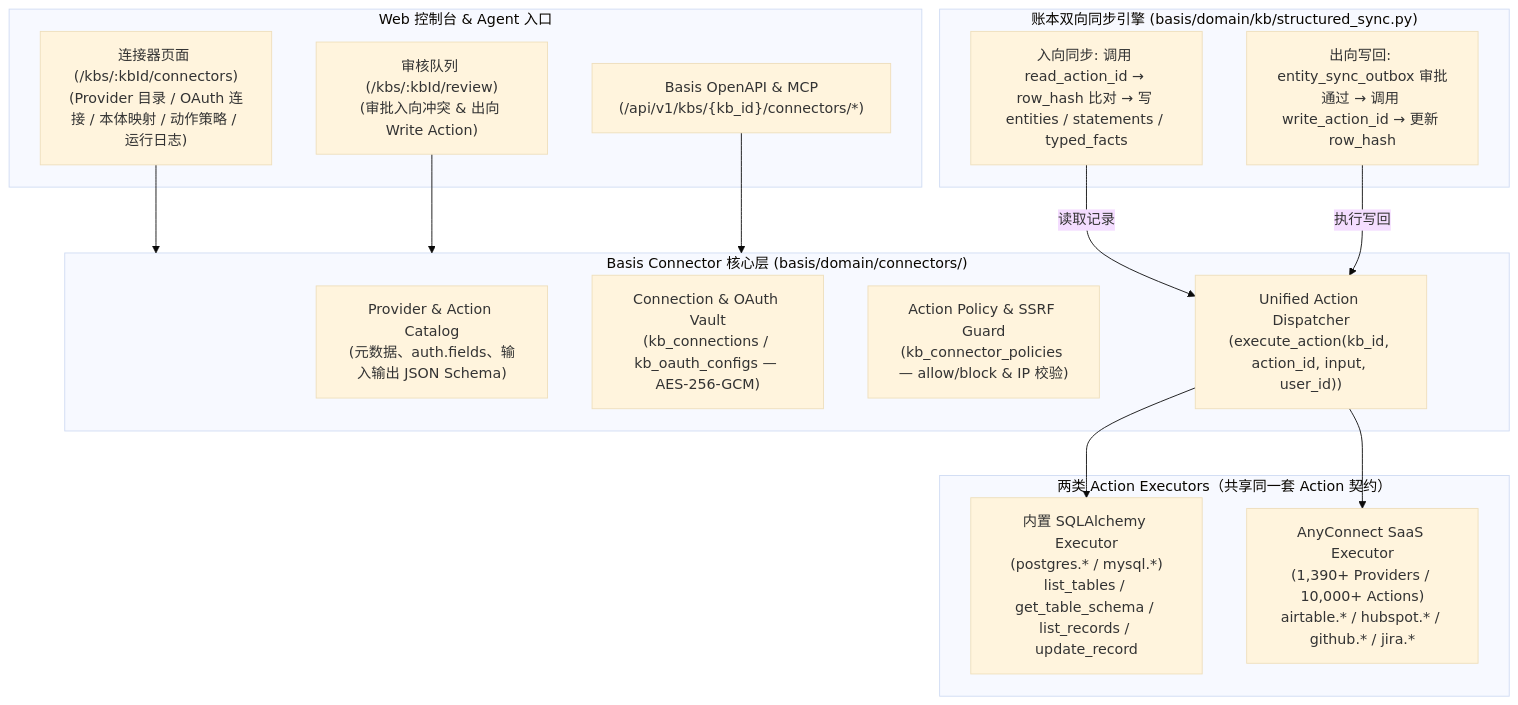
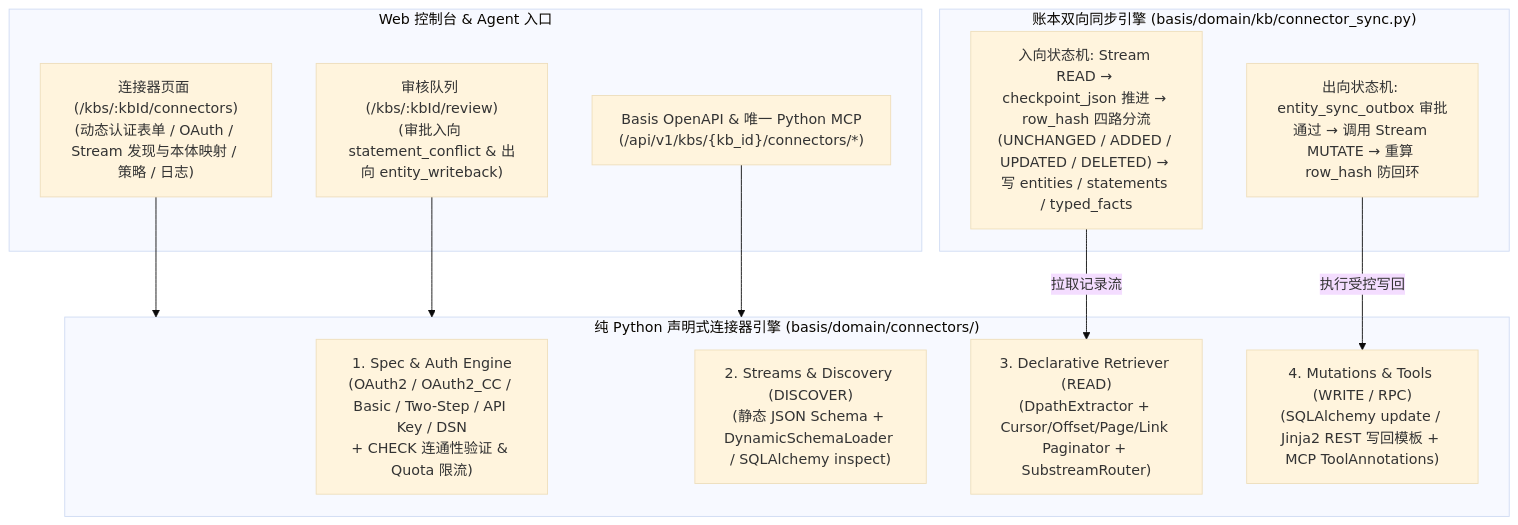
One commit to FellowOS/basis changed the second of 2 diagrams in docs/architecture/helix-foundry-adoption.md. Above: the diagram before and after it, drawn with Mermaid (base theme). The commit also changed other lines of this file and 65 other files, not shown here.

````diff
--- a/docs/architecture/helix-foundry-adoption.md
+++ b/docs/architecture/helix-foundry-adoption.md
@@ -214,30 +244,24 @@
 ```mermaid
 flowchart TB
   subgraph UI["Web 控制台 & Agent 入口"]
-    SRC_UI["连接器页面 (/kbs/:kbId/connectors)\n(Provider 目录 / OAuth 连接 / 本体映射 / 动作策略 / 运行日志)"]
-    REV_UI["审核队列 (/kbs/:kbId/review)\n(审批入向冲突 & 出向 Write Action)"]
-    MCP_API["Basis OpenAPI & MCP\n(/api/v1/kbs/{kb_id}/connectors/*)"]
+    SRC_UI["连接器页面 (/kbs/:kbId/connectors)\n(动态认证表单 / OAuth / Stream 发现与本体映射 / 策略 / 日志)"]
+    REV_UI["审核队列 (/kbs/:kbId/review)\n(审批入向 statement_conflict & 出向 entity_writeback)"]
+    MCP_API["Basis OpenAPI & 唯一 Python MCP\n(/api/v1/kbs/{kb_id}/connectors/*)"]
   end
 
-  subgraph ConnectorCore["Basis Connector 核心层 (basis/domain/connectors/)"]
-    CAT["Provider & Action Catalog\n(元数据、auth.fields、输入输出 JSON Schema)"]
-    CONN["Connection & OAuth Vault\n(kb_connections / kb_oauth_configs — AES-256-GCM)"]
-    POL["Action Policy & SSRF Guard\n(kb_connector_policies — allow/block & IP 校验)"]
-    DISP["Unified Action Dispatcher\n(execute_action(kb_id, action_id, input, user_id))"]
+  subgraph BOCP["纯 Python 声明式连接器引擎 (basis/domain/connectors/)"]
+    CAT["1. Spec & Auth Engine\n(OAuth2 / OAuth2_CC / Basic / Two-Step / API Key / DSN\n+ CHECK 连通性验证 & Quota 限流)"]
+    DISC["2. Streams & Discovery (DISCOVER)\n(静态 JSON Schema + DynamicSchemaLoader / SQLAlchemy inspect)"]
+    RET["3. Declarative Retriever (READ)\n(DpathExtractor + Cursor/Offset/Page/Link Paginator + SubstreamRouter)"]
+    MUT["4. Mutations & Tools (WRITE / RPC)\n(SQLAlchemy update / Jinja2 REST 写回模板 + MCP ToolAnnotations)"]
   end
 
-  subgraph Executors["两类 Action Executors（共享同一套 Action 契约）"]
-    DB_EXEC["内置 SQLAlchemy Executor\n(postgres.* / mysql.*)\nlist_tables / get_table_schema / list_records / update_record"]
-    SAAS_EXEC["AnyConnect SaaS Executor\n(1,390+ Providers / 10,000+ Actions)\nairtable.* / hubspot.* / github.* / jira.*"]
+  subgraph LedgerSync["账本双向同步引擎 (basis/domain/kb/connector_sync.py)"]
+    IN_SYNC["入向状态机: Stream READ → checkpoint_json 推进 → row_hash 四路分流\n(UNCHANGED / ADDED / UPDATED / DELETED) → 写 entities / statements / typed_facts"]
+    OUT_SYNC["出向状态机: entity_sync_outbox 审批通过 → 调用 Stream MUTATE → 重算 row_hash 防回环"]
   end
 
-  subgraph LedgerSync["账本双向同步引擎 (basis/domain/kb/structured_sync.py)"]
-    IN_SYNC["入向同步: 调用 read_action_id → row_hash 比对 → 写 entities / statements / typed_facts"]
-    OUT_SYNC["出向写回: entity_sync_outbox 审批通过 → 调用 write_action_id → 更新 row_hash"]
-  end
-
-  SRC_UI & REV_UI & MCP_API --> ConnectorCore
-  DISP --> DB_EXEC & SAAS_EXEC
-  IN_SYNC -->|读取记录| DISP
-  OUT_SYNC -->|执行写回| DISP
+  SRC_UI & REV_UI & MCP_API --> BOCP
+  IN_SYNC -->|拉取记录流| RET
+  OUT_SYNC -->|执行受控写回| MUT
 ```
````
